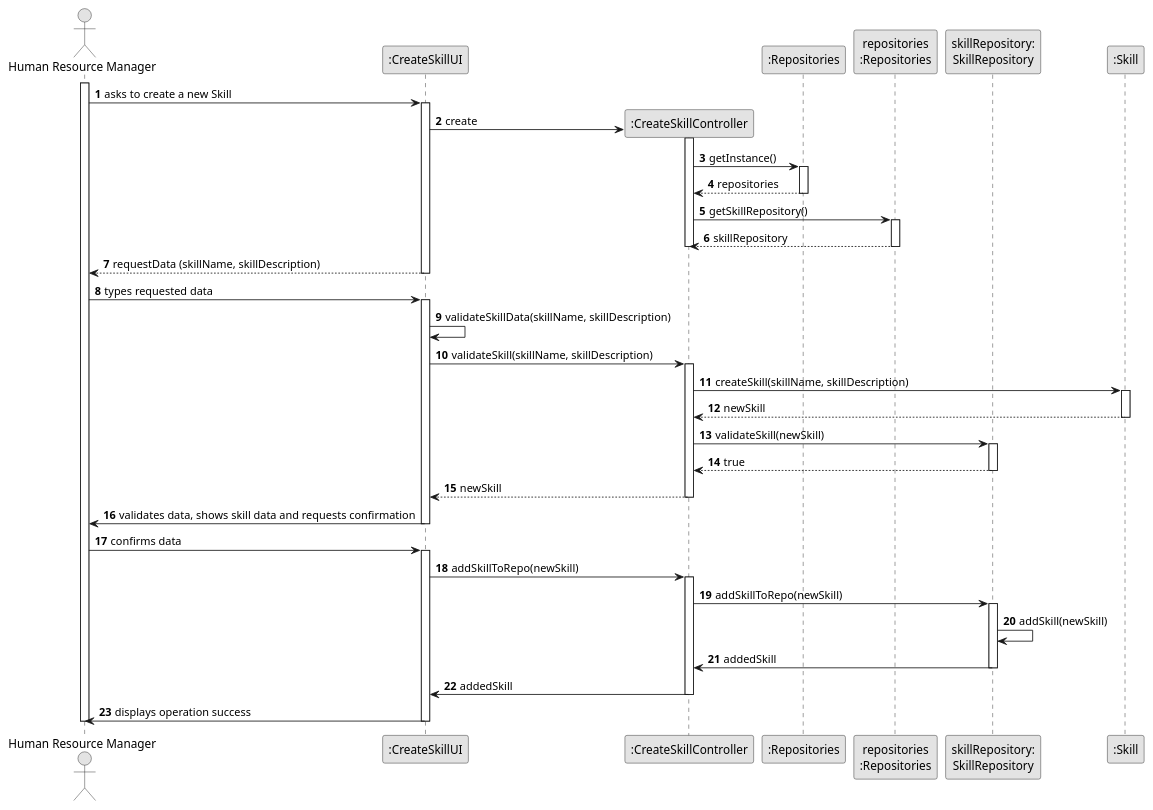
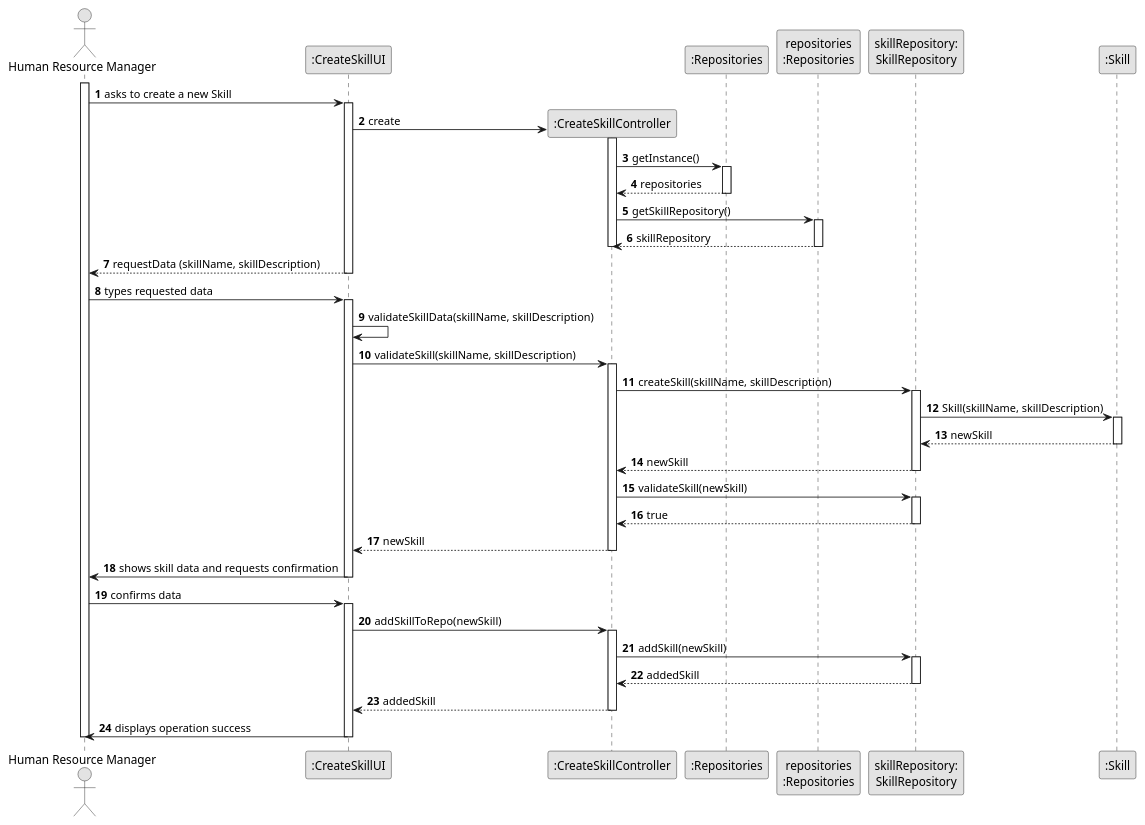
Before and after one commit to Paulo-Pereira-at-ISEP/lei-24-s2-1nanb-g321: the diagram in docs/sprintB/us01/03.design/puml/us01-sequence-diagram-full.puml, drawn with PlantUML.

Commit message:
LGGPM-115 - US01 - Design - Sequnce diagram update

```diff
--- a/docs/sprintB/us01/03.design/puml/us01-sequence-diagram-full.puml
+++ b/docs/sprintB/us01/03.design/puml/us01-sequence-diagram-full.puml
@@ -1,117 +1,124 @@
 @startuml
 skinparam monochrome true
 skinparam packageStyle rectangle
 skinparam shadowing false
 
 autonumber
 
 'hide footbox
 
 actor "Human Resource Manager" as HRM
 participant ":CreateSkillUI" as UI
 participant ":CreateSkillController" as CTRL
-participant ":Repositories" as RepositorySingleton
-participant "repositories\n:Repositories" as PLAT
-participant "skillRepository:\nSkillRepository" as SkillRepository
+participant ":Repositories" as REPO_SINGLETON
+participant "repositories\n:Repositories" as GEN_REPO_INSTANCE
+participant "skillRepository:\nSkillRepository" as SKILL_REPO_INSTANCE
 participant ":Skill" as SKILL
 'participant ":HRManager" as MNGR
 
 activate HRM
 
         HRM -> UI : asks to create a new Skill
 
         activate UI
             'create CTRL
             UI -> CTRL** : create
 
             activate CTRL
 
-                CTRL -> RepositorySingleton : getInstance()
+                CTRL -> REPO_SINGLETON : getInstance()
 
-                activate RepositorySingleton
+                activate REPO_SINGLETON
 
-                    RepositorySingleton --> CTRL : repositories
+                    REPO_SINGLETON --> CTRL : repositories
 
-                deactivate RepositorySingleton
+                deactivate REPO_SINGLETON
 
-                CTRL -> PLAT : getSkillRepository()
+                CTRL -> GEN_REPO_INSTANCE : getSkillRepository()
 
-                activate PLAT
+                activate GEN_REPO_INSTANCE
 
-                    PLAT --> CTRL : skillRepository
+                    GEN_REPO_INSTANCE --> CTRL : skillRepository
 
-                deactivate PLAT
+                deactivate GEN_REPO_INSTANCE
 
             deactivate CTRL
 
 
             'requests the HRM to input data
             UI --> HRM : requestData (skillName, skillDescription)
         deactivate UI
 
         HRM -> UI : types requested data
 
         activate UI
 
             UI -> UI : validateSkillData(skillName, skillDescription)
 
             UI -> CTRL : validateSkill(skillName, skillDescription)
             activate CTRL
 
 
-                CTRL -> SKILL : createSkill(skillName, skillDescription)
+                CTRL -> SKILL_REPO_INSTANCE : createSkill(skillName, skillDescription)
 
-                activate SKILL
 
-                    SKILL --> CTRL : newSkill
+                activate SKILL_REPO_INSTANCE
 
-                deactivate SKILL
+                    SKILL_REPO_INSTANCE -> SKILL : Skill(skillName, skillDescription)
 
-                CTRL -> SkillRepository : validateSkill(newSkill)
+                    activate SKILL
 
-                activate SkillRepository
+                        SKILL --> SKILL_REPO_INSTANCE : newSkill
 
-                    SkillRepository --> CTRL : true
+                    deactivate SKILL
 
-                deactivate SkillRepository
+                    SKILL_REPO_INSTANCE --> CTRL : newSkill
+
+                deactivate SKILL_REPO_INSTANCE
+
+                CTRL -> SKILL_REPO_INSTANCE : validateSkill(newSkill)
+
+                activate SKILL_REPO_INSTANCE
+
+                    SKILL_REPO_INSTANCE --> CTRL : true
+
+                deactivate SKILL_REPO_INSTANCE
 
             CTRL --> UI : newSkill
 
             deactivate CTRL
 
-                UI -> HRM : validates data, shows skill data and requests confirmation
+                UI -> HRM : shows skill data and requests confirmation
 
 
 
         deactivate UI
 
 
     HRM -> UI : confirms data
     activate UI
 
         UI -> CTRL : addSkillToRepo(newSkill)
 
         activate CTRL
 
 
-            CTRL -> SkillRepository : addSkillToRepo(newSkill)
+            CTRL -> SKILL_REPO_INSTANCE : addSkill(newSkill)
 
-            activate SkillRepository
+            activate SKILL_REPO_INSTANCE
 
-                SkillRepository -> SkillRepository : addSkill(newSkill)
+                SKILL_REPO_INSTANCE --> CTRL : addedSkill
 
-                SkillRepository -> CTRL : addedSkill
+            deactivate SKILL_REPO_INSTANCE
 
-            deactivate SkillRepository
-
-            CTRL -> UI : addedSkill
+            CTRL --> UI : addedSkill
 
         deactivate CTRL
 
         UI -> HRM : displays operation success
 
     deactivate UI
 
 deactivate HRM
 
 @enduml
```
